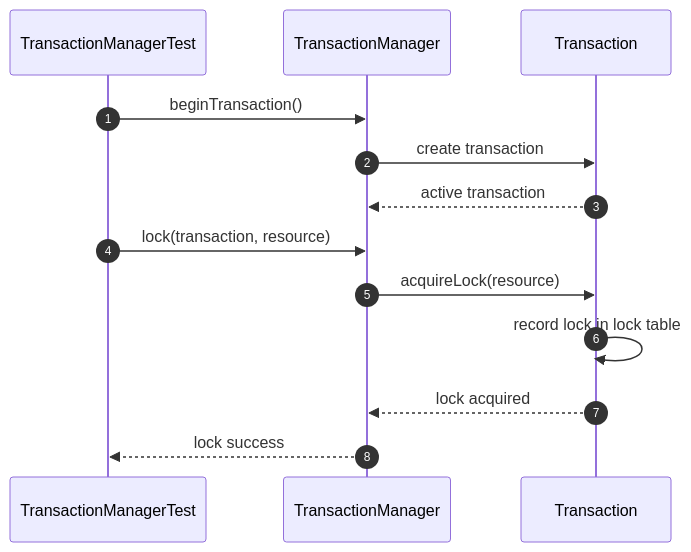
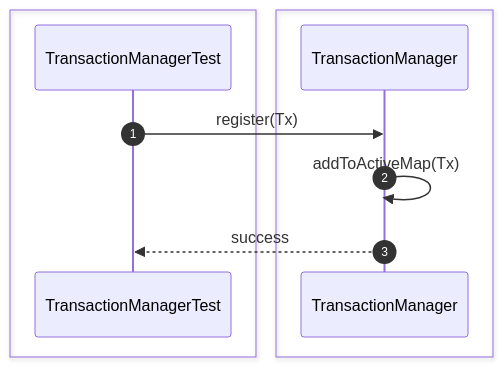
One commit to Huy1801214/dbms-architecture changed the seventh of 54 diagrams in src/sequence/transaction.md. Above: the diagram before and after it, drawn with Mermaid. The commit also changed other lines of this file and 10 other files, not shown here.

Commit message:
add comprehensive sequence diagrams and documentation for system architecture and unit testing specifications

````diff
--- a/src/sequence/transaction.md
+++ b/src/sequence/transaction.md
@@ -101,24 +118,15 @@
 ```mermaid
 sequenceDiagram
     autonumber
 
+    box #e1f5fe Test Suite
     participant Test as TransactionManagerTest
+    end
+    box #ffebee Transaction Components
     participant Manager as TransactionManager
-    participant Tx as Transaction
+    end
 
-    Test->>Manager: beginTransaction()
-
-    Manager->>Tx: create transaction
-
-    Tx-->>Manager: active transaction
-
-    Test->>Manager: lock(transaction, resource)
-
-    Manager->>Tx: acquireLock(resource)
-
-    Tx->>Tx: record lock in lock table
-
-    Tx-->>Manager: lock acquired
-
-    Manager-->>Test: lock success
+    Test->>Manager: register(Tx)
+    Manager->>Manager: addToActiveMap(Tx)
+    Manager-->>Test: success
 ```
````
